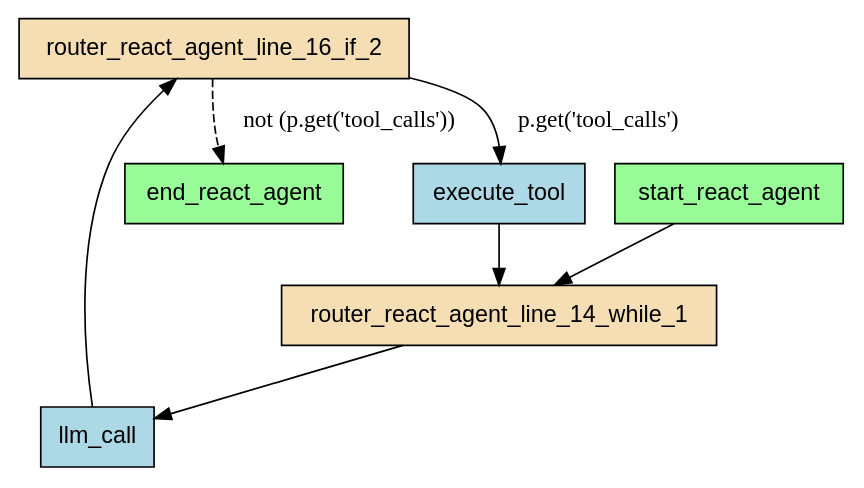
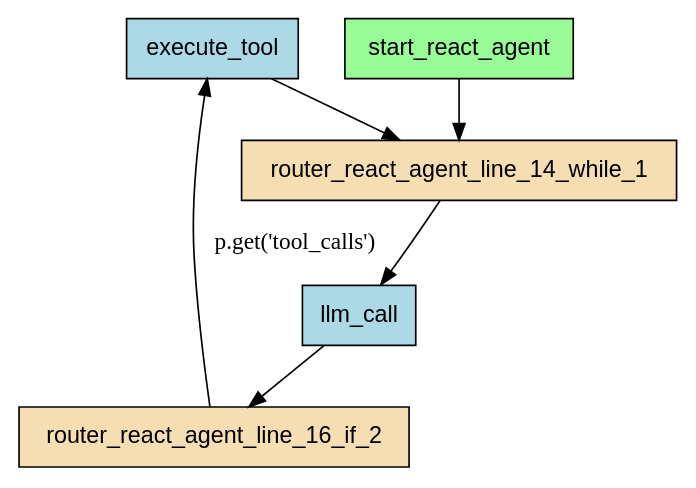
The diagram in examples/flows/compiled/while_react_loop/flow.dot (deliveryhero/asya), drawn with Graphviz before and after one commit. The commit also changed 142 other files, not shown here.

```diff
--- a/examples/flows/compiled/while_react_loop/flow.dot
+++ b/examples/flows/compiled/while_react_loop/flow.dot
@@ -1,18 +1,16 @@
 digraph "react_agent" {
     rankdir=TB;
     node [shape=box, style=filled, fontname="Helvetica"];
 
-    end_react_agent [label="end_react_agent", fillcolor=palegreen];
     execute_tool [label="execute_tool", fillcolor=lightblue];
     llm_call [label="llm_call", fillcolor=lightblue];
     router_react_agent_line_14_while_1 [label="router_react_agent_line_14_while_1", fillcolor=wheat];
     router_react_agent_line_16_if_2 [label="router_react_agent_line_16_if_2", fillcolor=wheat];
     start_react_agent [label="start_react_agent", fillcolor=palegreen];
 
     start_react_agent -> router_react_agent_line_14_while_1;
     router_react_agent_line_16_if_2 -> execute_tool [label="p.get('tool_calls')"];
-    router_react_agent_line_16_if_2 -> end_react_agent [label="not (p.get('tool_calls'))", style=dashed];
     router_react_agent_line_14_while_1 -> llm_call;
     llm_call -> router_react_agent_line_16_if_2;
     execute_tool -> router_react_agent_line_14_while_1;
 }
```
